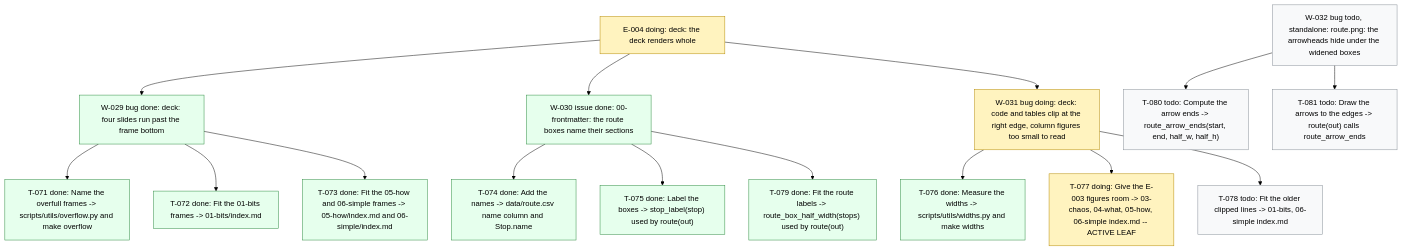
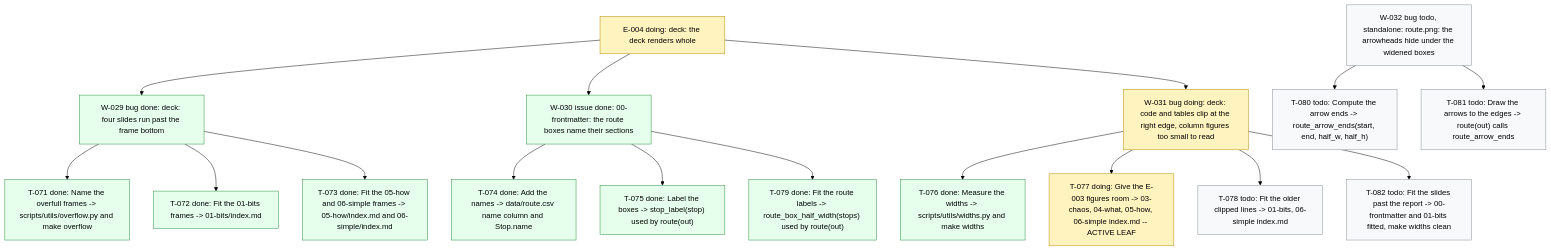
Before and after one commit to dpopchev/chaos-to-simple: the diagram in .board/BOARD.md, drawn with Mermaid (forest theme). The commit also changed other lines of this file and 5 other files, not shown here.

First line of the commit message:
chore(board): W-031 gains T-082, the slides past the report

````diff
--- a/.board/BOARD.md
+++ b/.board/BOARD.md
@@ -194,27 +194,28 @@
 ```mermaid
 flowchart TD
   E004["E-004 doing: deck: the deck renders whole"]
   E004 --> W029["W-029 bug done: deck: four slides run past the frame bottom"]
   W029 --> T071["T-071 done: Name the overfull frames -> scripts/utils/overflow.py and make overflow"]
   W029 --> T072["T-072 done: Fit the 01-bits frames -> 01-bits/index.md"]
   W029 --> T073["T-073 done: Fit the 05-how and 06-simple frames -> 05-how/index.md and 06-simple/index.md"]
   E004 --> W030["W-030 issue done: 00-frontmatter: the route boxes name their sections"]
   W030 --> T074["T-074 done: Add the names -> data/route.csv name column and Stop.name"]
   W030 --> T075["T-075 done: Label the boxes -> stop_label(stop) used by route(out)"]
   W030 --> T079["T-079 done: Fit the route labels -> route_box_half_width(stops) used by route(out)"]
   E004 --> W031["W-031 bug doing: deck: code and tables clip at the right edge, column figures too small to read"]
   W031 --> T076["T-076 done: Measure the widths -> scripts/utils/widths.py and make widths"]
   W031 --> T077["T-077 doing: Give the E-003 figures room -> 03-chaos, 04-what, 05-how, 06-simple index.md -- ACTIVE LEAF"]
   W031 --> T078["T-078 todo: Fit the older clipped lines -> 01-bits, 06-simple index.md"]
+  W031 --> T082["T-082 todo: Fit the slides past the report -> 00-frontmatter and 01-bits fitted, make widths clean"]
   W032["W-032 bug todo, standalone: route.png: the arrowheads hide under the widened boxes"]
   W032 --> T080["T-080 todo: Compute the arrow ends -> route_arrow_ends(start, end, half_w, half_h)"]
   W032 --> T081["T-081 todo: Draw the arrows to the edges -> route(out) calls route_arrow_ends"]
   classDef doing fill:#fff3bf,stroke:#b58900,color:#000;
   classDef blocked fill:#ffe3e3,stroke:#c92a2a,color:#000;
   classDef done fill:#e6ffed,stroke:#2b8a3e,color:#000;
   classDef todo fill:#f8f9fa,stroke:#868e96,color:#000;
   classDef pruned fill:#f1f3f5,stroke:#adb5bd,color:#000;
   class E004,W031,T077 doing
   class W029,T071,T072,T073,W030,T074,T075,T079,T076 done
-  class T078,W032,T080,T081 todo
+  class T078,T082,W032,T080,T081 todo
 ```
````
